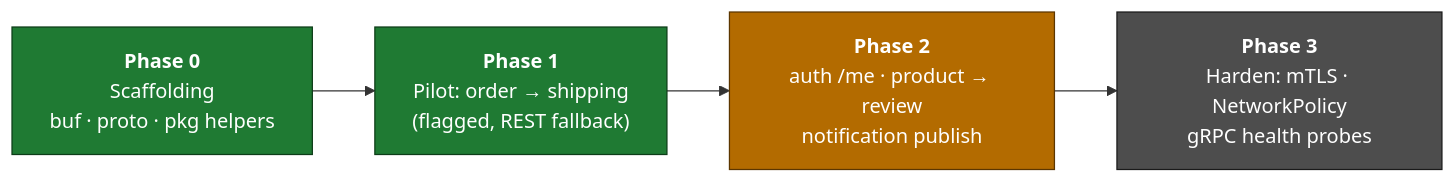
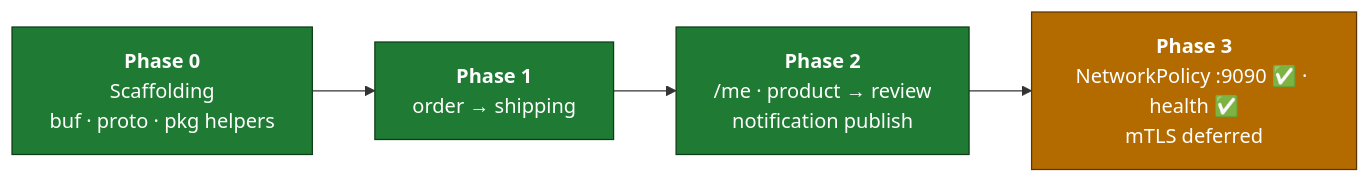
Before and after one commit to duynhlab/homelab: the third of 4 diagrams in docs/api/grpc-internal-comms.md, drawn with Mermaid. The commit also changed other lines of this file and 1 other file, not shown here.

First line of the commit message:
Docs: gRPC east-west migration complete

````diff
--- a/docs/api/grpc-internal-comms.md
+++ b/docs/api/grpc-internal-comms.md
@@ -268,12 +279,11 @@
 ```mermaid
 flowchart LR
     P0["<b>Phase 0</b><br/>Scaffolding<br/>buf · proto · pkg helpers"]:::done
-    P1["<b>Phase 1</b><br/>Pilot: order → shipping<br/>(flagged, REST fallback)"]:::done
-    P2["<b>Phase 2</b><br/>auth /me · product → review<br/>notification publish"]:::next
-    P3["<b>Phase 3</b><br/>Harden: mTLS · NetworkPolicy<br/>gRPC health probes"]:::future
+    P1["<b>Phase 1</b><br/>order → shipping"]:::done
+    P2["<b>Phase 2</b><br/>/me · product → review<br/>notification publish"]:::done
+    P3["<b>Phase 3</b><br/>NetworkPolicy :9090 ✅ · health ✅<br/>mTLS deferred"]:::partial
     P0 --> P1 --> P2 --> P3
 
     classDef done fill:#1f7a33,stroke:#0d3d18,color:#fff
-    classDef next fill:#b36b00,stroke:#5c3600,color:#fff
-    classDef future fill:#4d4d4d,stroke:#1a1a1a,color:#fff
+    classDef partial fill:#b36b00,stroke:#5c3600,color:#fff
 ```
````
